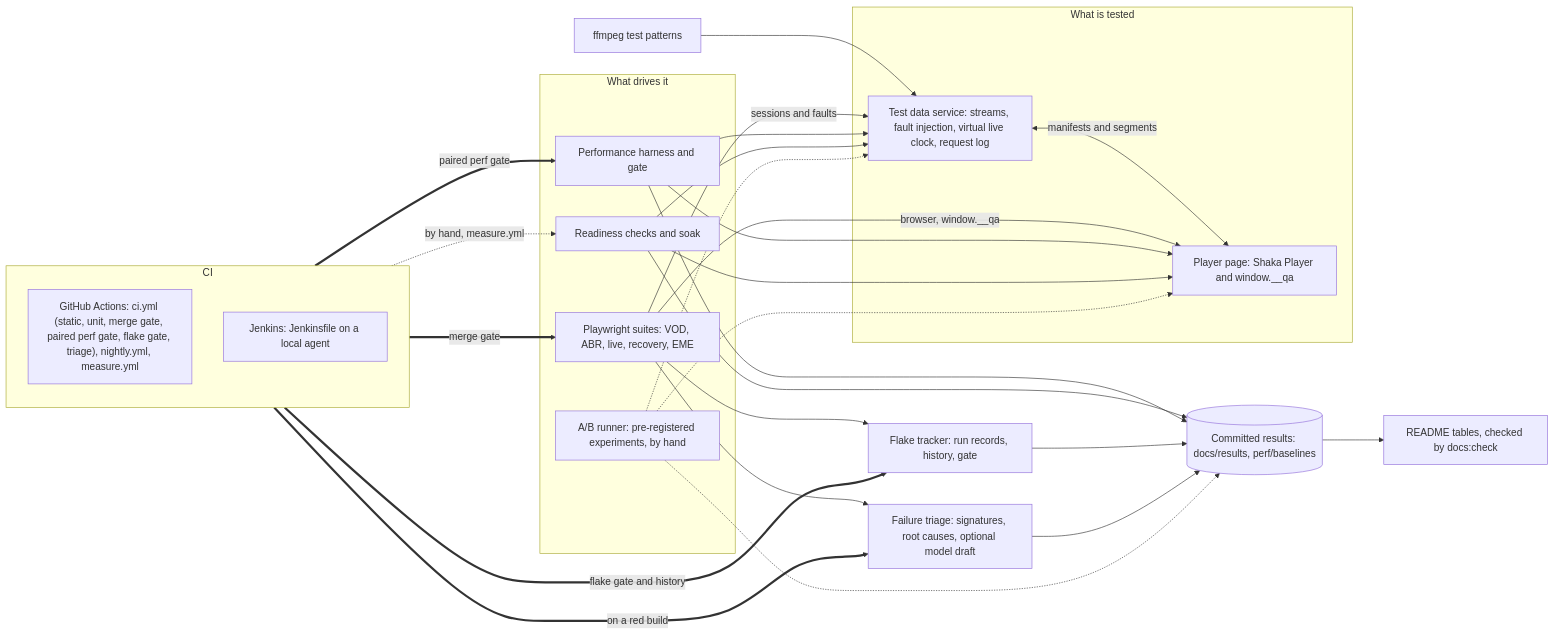
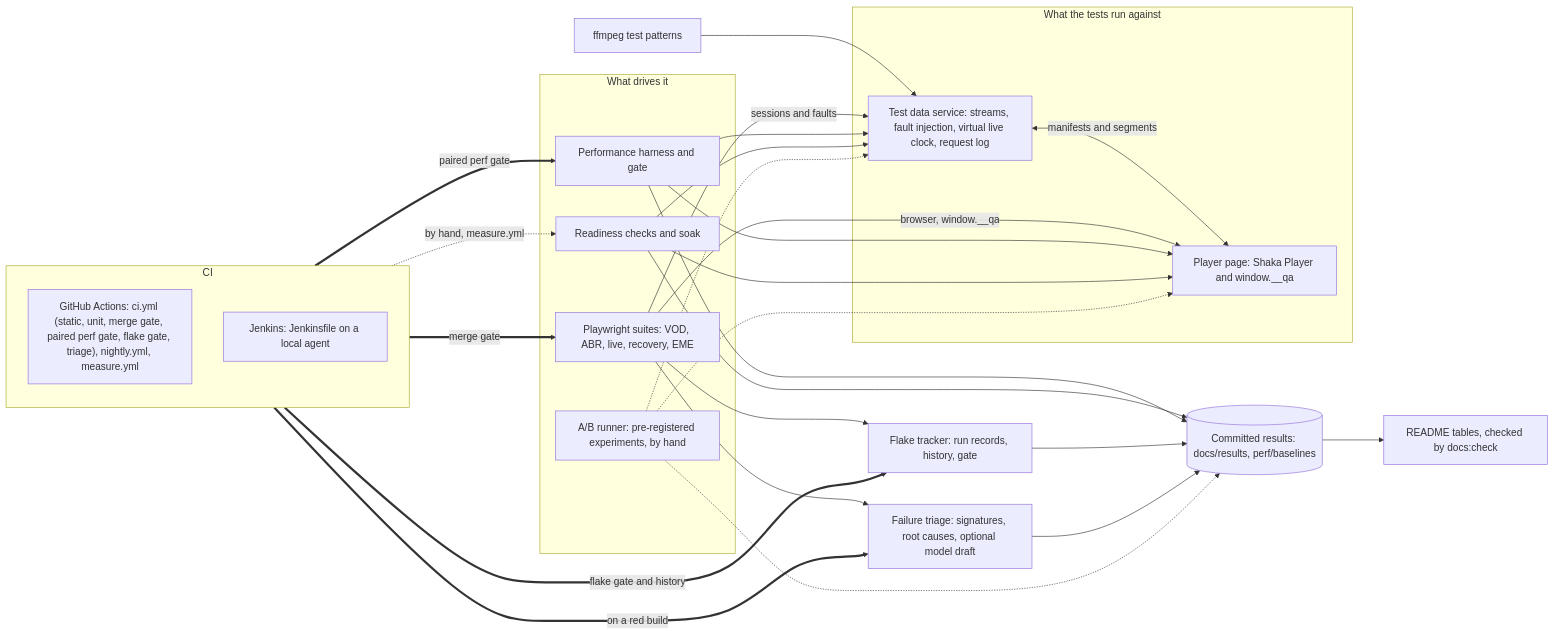
Before and after one commit to hanniavalera/playback-proof: the diagram in README.md, drawn with Mermaid. The commit also changed other lines of this file and 1 other file, not shown here.

First line of the commit message:
README: what the tests run against, the one exception to no sleeps, what the CPU throttle slows, which readiness checks, the mock proves

````diff
--- a/README.md
+++ b/README.md
@@ -34,40 +34,40 @@
 ```mermaid
 flowchart LR
   ffmpeg["ffmpeg test patterns"] --> svc
-  subgraph target["What is tested"]
+  subgraph target["What the tests run against"]
     svc["Test data service: streams, fault injection, virtual live clock, request log"]
     page["Player page: Shaka Player and window.__qa"]
     svc <-->|"manifests and segments"| page
   end
   subgraph drivers["What drives it"]
     pw["Playwright suites: VOD, ABR, live, recovery, EME"]
     perf["Performance harness and gate"]
     rdy["Readiness checks and soak"]
     ab["A/B runner: pre-registered experiments, by hand"]
   end
   pw -->|"browser, window.__qa"| page
   pw -->|"sessions and faults"| svc
   perf --> page
   perf --> svc
   rdy --> page
   rdy --> svc
   ab -.-> page
   ab -.-> svc
   pw --> flake["Flake tracker: run records, history, gate"]
   pw --> triage["Failure triage: signatures, root causes, optional model draft"]
   perf --> results[("Committed results: docs/results, perf/baselines")]
   rdy --> results
   flake --> results
   triage --> results
   ab -.-> results
   results --> readme["README tables, checked by docs:check"]
   subgraph ci["CI"]
     gha["GitHub Actions: ci.yml (static, unit, merge gate, paired perf gate, flake gate, triage), nightly.yml, measure.yml"]
     jenkins["Jenkins: Jenkinsfile on a local agent"]
   end
   ci ==>|"merge gate"| pw
   ci ==>|"flake gate and history"| flake
   ci ==>|"on a red build"| triage
   ci ==>|"paired perf gate"| perf
   ci -.->|"by hand, measure.yml"| rdy
 ```
````
